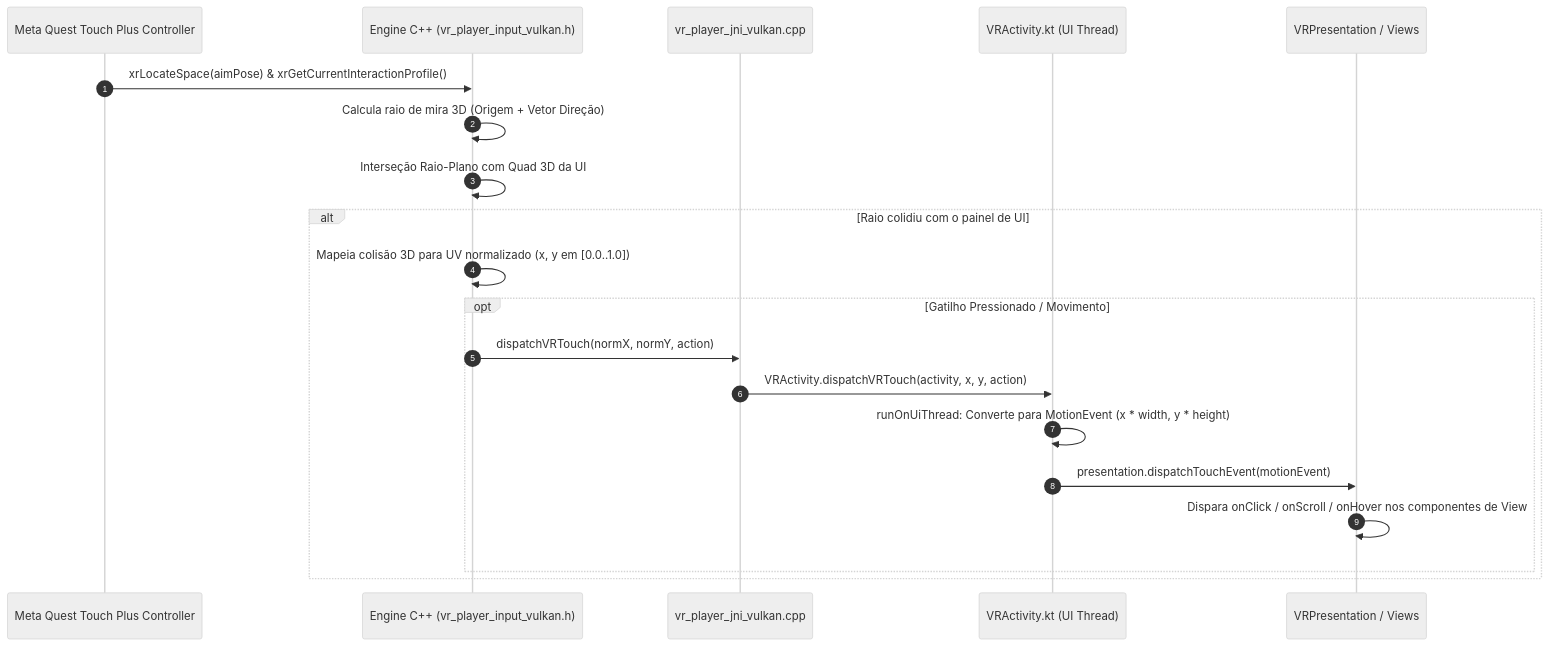
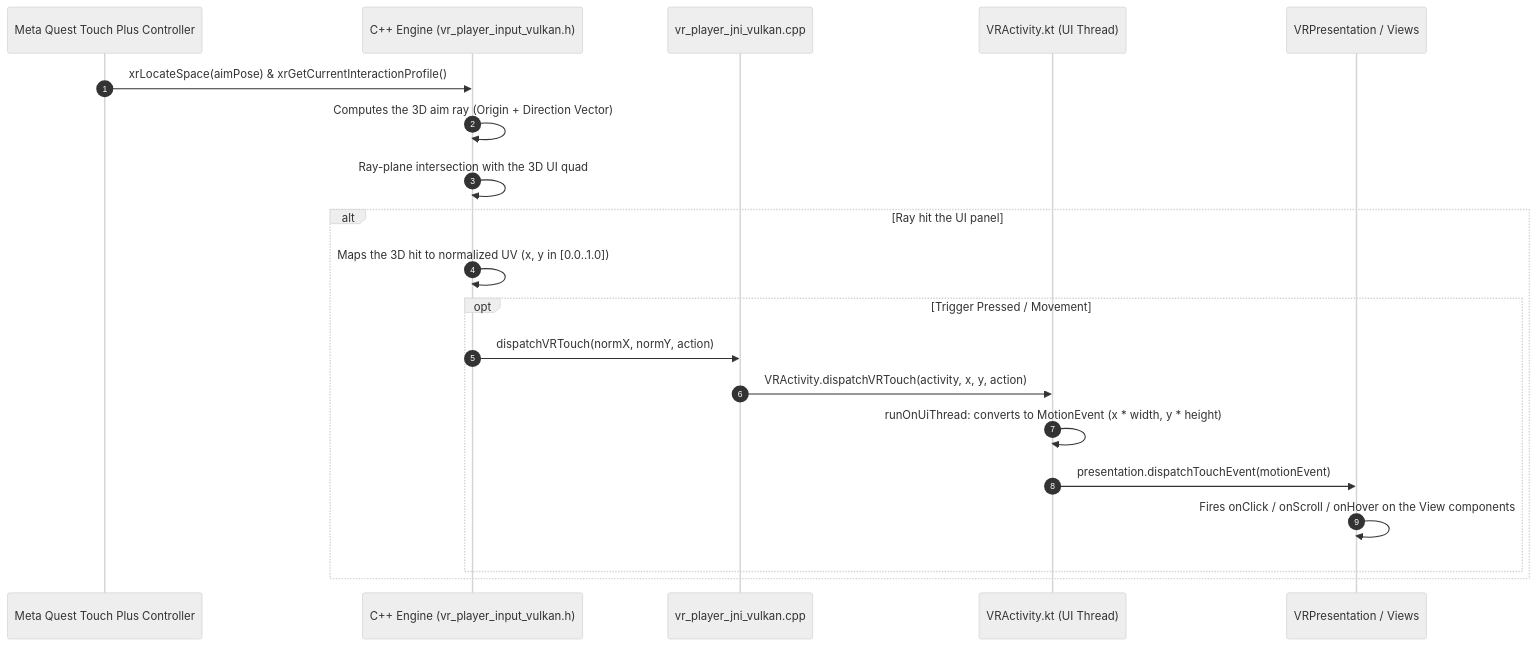
Before and after one commit to BGLuis/tucaVR: the seventh of 8 diagrams in docs/ARCHITECTURE.md, drawn with Mermaid (neutral theme). The commit also changed other lines of this file and 4 other files, not shown here.

````diff
--- a/docs/ARCHITECTURE.md
+++ b/docs/ARCHITECTURE.md
@@ -433,23 +449,23 @@
 ```mermaid
 sequenceDiagram
     autonumber
     participant Ctrl as Meta Quest Touch Plus Controller
-    participant Cpp as Engine C++ (vr_player_input_vulkan.h)
+    participant Cpp as C++ Engine (vr_player_input_vulkan.h)
     participant Jni as vr_player_jni_vulkan.cpp
     participant Act as VRActivity.kt (UI Thread)
     participant Pres as VRPresentation / Views
 
     Ctrl->>Cpp: xrLocateSpace(aimPose) & xrGetCurrentInteractionProfile()
-    Cpp->>Cpp: Calcula raio de mira 3D (Origem + Vetor Direção)
-    Cpp->>Cpp: Interseção Raio-Plano com Quad 3D da UI
-    alt Raio colidiu com o painel de UI
-        Cpp->>Cpp: Mapeia colisão 3D para UV normalizado (x, y em [0.0..1.0])
-        opt Gatilho Pressionado / Movimento
+    Cpp->>Cpp: Computes the 3D aim ray (Origin + Direction Vector)
+    Cpp->>Cpp: Ray-plane intersection with the 3D UI quad
+    alt Ray hit the UI panel
+        Cpp->>Cpp: Maps the 3D hit to normalized UV (x, y in [0.0..1.0])
+        opt Trigger Pressed / Movement
             Cpp->>Jni: dispatchVRTouch(normX, normY, action)
             Jni->>Act: VRActivity.dispatchVRTouch(activity, x, y, action)
-            Act->>Act: runOnUiThread: Converte para MotionEvent (x * width, y * height)
+            Act->>Act: runOnUiThread: converts to MotionEvent (x * width, y * height)
             Act->>Pres: presentation.dispatchTouchEvent(motionEvent)
-            Pres->>Pres: Dispara onClick / onScroll / onHover nos componentes de View
+            Pres->>Pres: Fires onClick / onScroll / onHover on the View components
         end
     end
 ```
````
